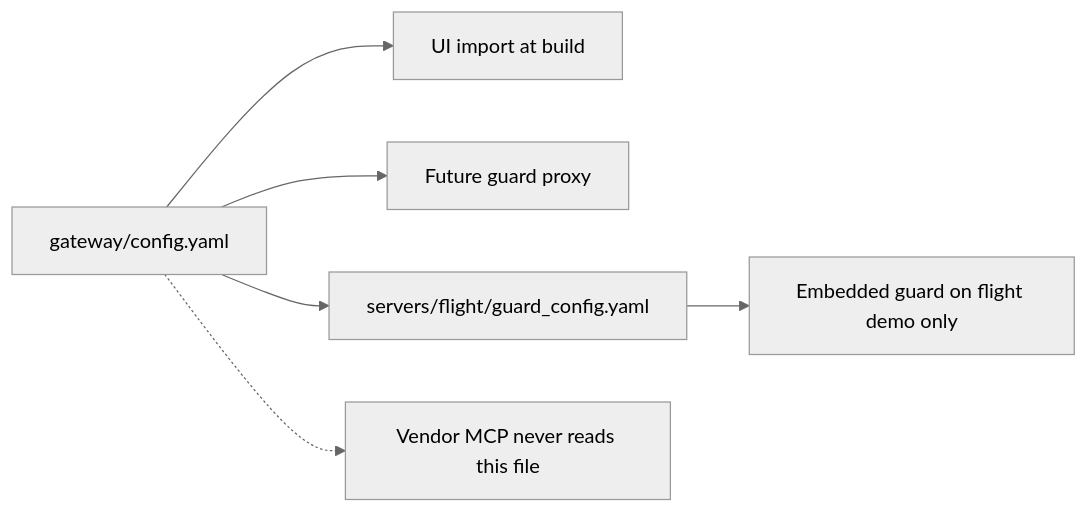
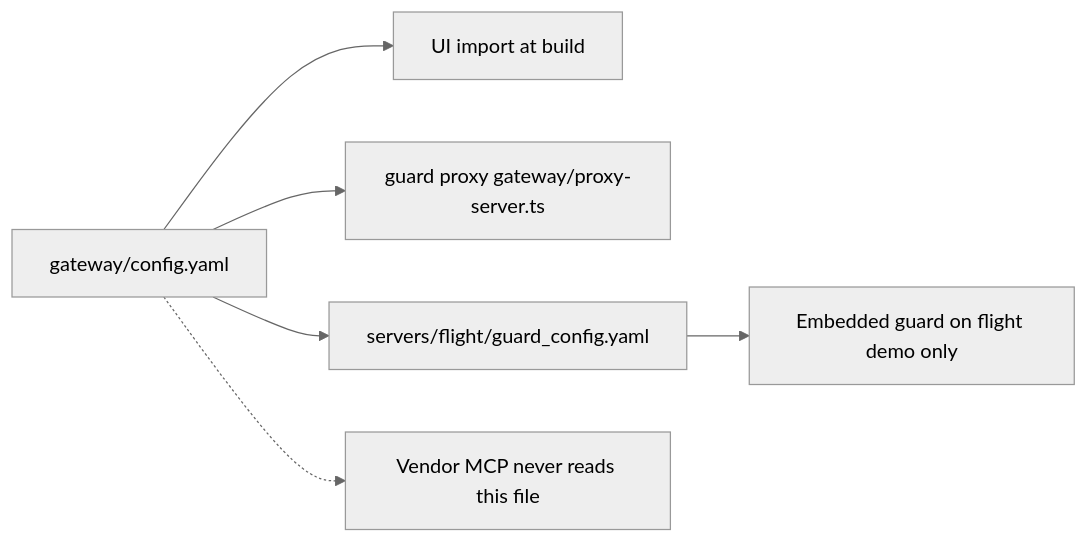
Before and after one commit to peterkrentel/mcp-tool-guard: the third of 4 diagrams in docs/ARCHITECTURE.md, drawn with Mermaid (neutral theme). The commit also changed other lines of this file and 7 other files, not shown here.

````diff
--- a/docs/ARCHITECTURE.md
+++ b/docs/ARCHITECTURE.md
@@ -117,10 +126,10 @@
 ```mermaid
 flowchart LR
   Canon[gateway/config.yaml]
   Canon --> UI[UI import at build]
-  Canon --> ProxyF[Future guard proxy]
+  Canon --> ProxyF[guard proxy gateway/proxy-server.ts]
   Canon --> Demo[servers/flight/guard_config.yaml]
   Demo --> Emb[Embedded guard on flight demo only]
   Note[Vendor MCP never reads this file]
   Canon -.-> Note
 ```
````
